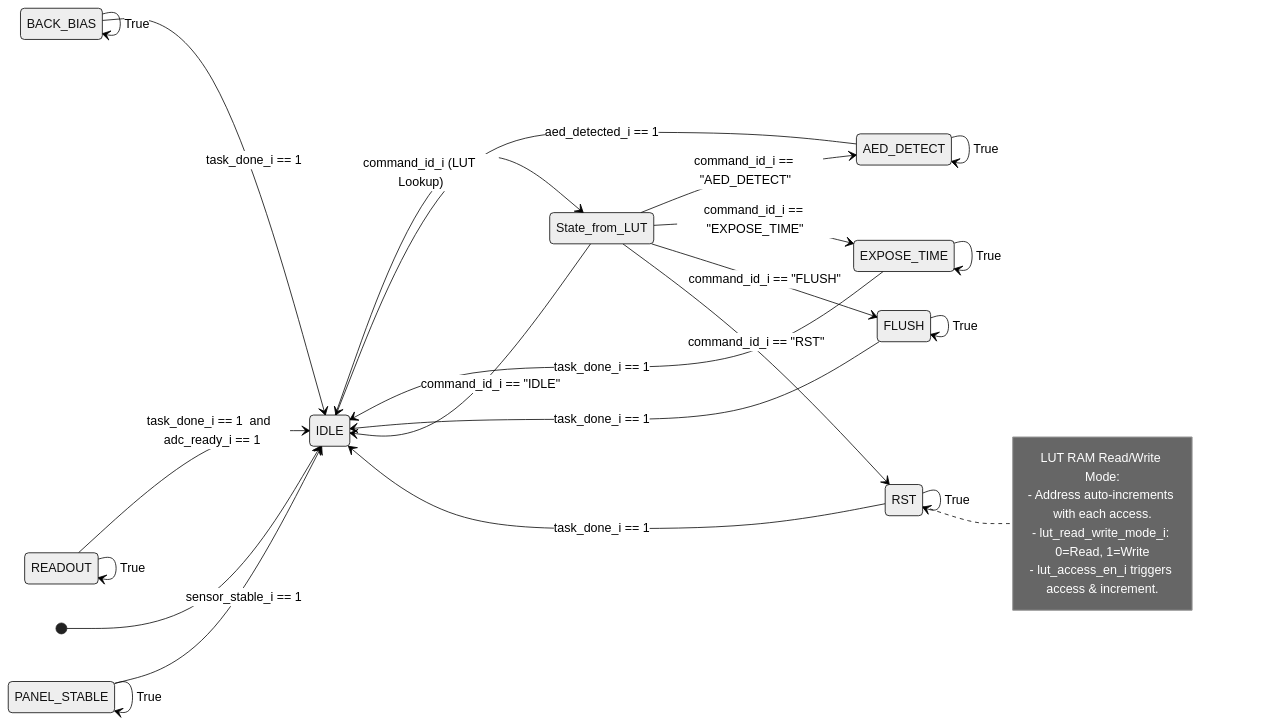
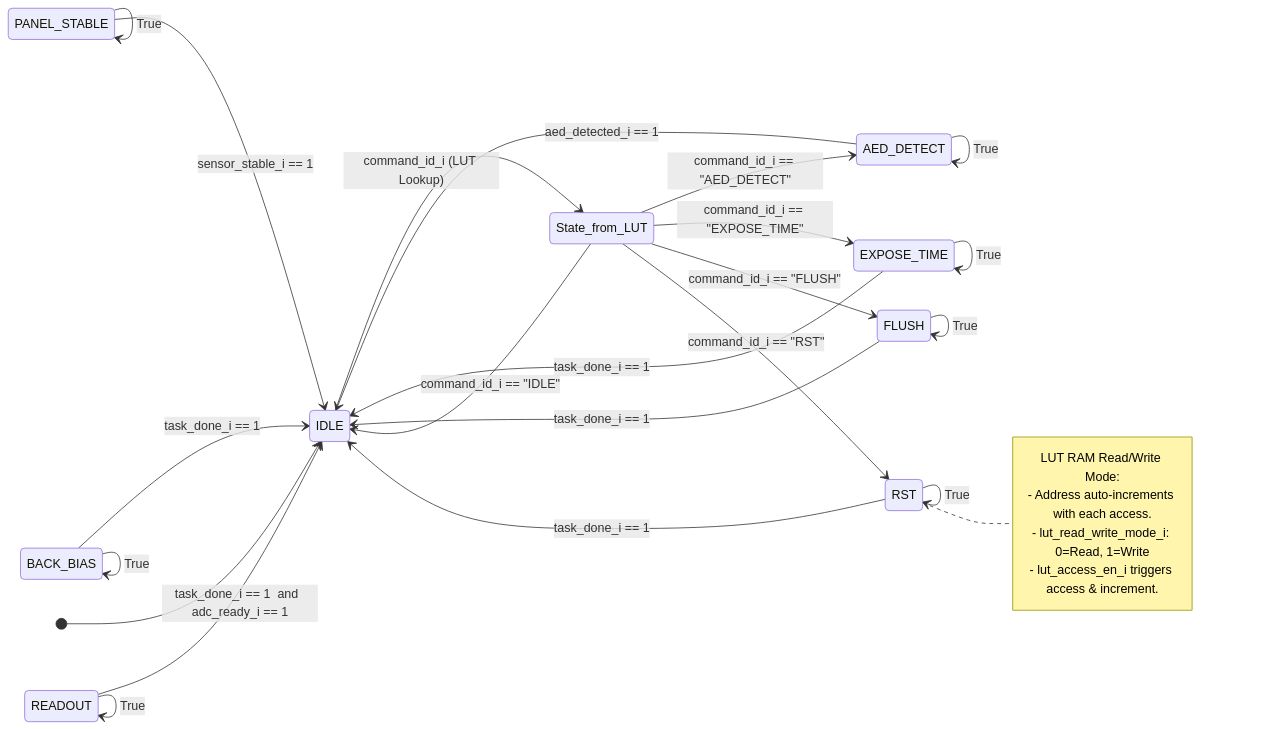
Before and after one commit to holee9/fsm_auto: the diagram in test/fsm_diagram.md, drawn with Mermaid. The commit also changed 5 other files, not shown here.

First line of the commit message:
Refactor sequencer FSM: Add PANEL_STABLE state and update state transitions

````diff
--- a/test/fsm_diagram.md
+++ b/test/fsm_diagram.md
@@ -1,44 +1,43 @@
 ```mermaid
-%%{init: {"theme": "neutral", "themeVariables": {"primaryColor": "#ffffff"}, "layout": {"elk": {}}}}%%
 stateDiagram-v2
     direction LR
     state IDLE
     state RST
+    state PANEL_STABLE
     state BACK_BIAS
     state FLUSH
     state EXPOSE_TIME
     state READOUT
     state AED_DETECT
-    state PANEL_STABLE
 
 
     [*] --> IDLE
     IDLE --> State_from_LUT : command_id_i (LUT Lookup)
     state State_from_LUT <<choice>>
     State_from_LUT --> AED_DETECT : command_id_i == "AED_DETECT"
     State_from_LUT --> EXPOSE_TIME : command_id_i == "EXPOSE_TIME"
     State_from_LUT --> FLUSH : command_id_i == "FLUSH"
     State_from_LUT --> IDLE : command_id_i == "IDLE"
     State_from_LUT --> RST : command_id_i == "RST"
     RST --> IDLE : task_done_i == 1
     RST --> RST : True
+    PANEL_STABLE --> IDLE : sensor_stable_i == 1
+    PANEL_STABLE --> PANEL_STABLE : True
     BACK_BIAS --> IDLE : task_done_i == 1
     BACK_BIAS --> BACK_BIAS : True
     FLUSH --> IDLE : task_done_i == 1
     FLUSH --> FLUSH : True
     EXPOSE_TIME --> IDLE : task_done_i == 1
     EXPOSE_TIME --> EXPOSE_TIME : True
     READOUT --> IDLE : task_done_i == 1  and  adc_ready_i == 1
     READOUT --> READOUT : True
     AED_DETECT --> IDLE : aed_detected_i == 1
     AED_DETECT --> AED_DETECT : True
-    PANEL_STABLE --> IDLE : sensor_stable_i == 1
-    PANEL_STABLE --> PANEL_STABLE : True
 
     note right of RST
         LUT RAM Read/Write Mode:
         - Address auto-increments with each access.
         - lut_read_write_mode_i: 0=Read, 1=Write
         - lut_access_en_i triggers access & increment.
     end note
 ```
````
